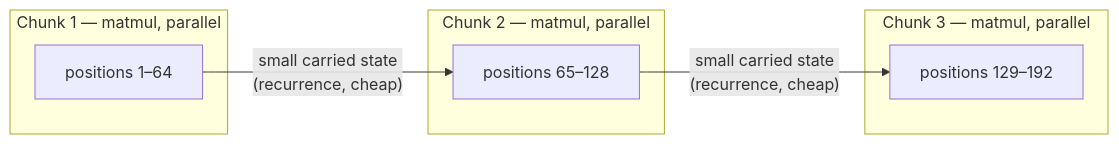
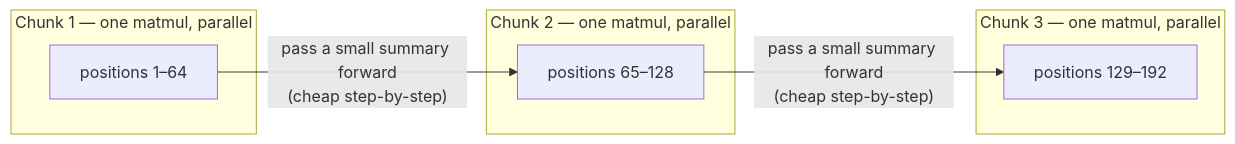
Before and after one commit to KathpaliaChirag/Nanopore-project: the fourth of 4 diagrams in MAMBA_MHA_EXPLAINER.md, drawn with Mermaid. The commit also changed other lines of this file, not shown here.

````diff
--- a/MAMBA_MHA_EXPLAINER.md
+++ b/MAMBA_MHA_EXPLAINER.md
@@ -468,14 +590,14 @@
 ```mermaid
 graph LR
-    subgraph Chunk1["Chunk 1 — matmul, parallel"]
+    subgraph Chunk1["Chunk 1 — one matmul, parallel"]
         A1["positions 1–64"]
     end
-    subgraph Chunk2["Chunk 2 — matmul, parallel"]
+    subgraph Chunk2["Chunk 2 — one matmul, parallel"]
         A2["positions 65–128"]
     end
-    subgraph Chunk3["Chunk 3 — matmul, parallel"]
+    subgraph Chunk3["Chunk 3 — one matmul, parallel"]
         A3["positions 129–192"]
     end
-    A1 -- "small carried state<br/>(recurrence, cheap)" --> A2
-    A2 -- "small carried state<br/>(recurrence, cheap)" --> A3
+    A1 -- "pass a small summary forward<br/>(cheap step-by-step)" --> A2
+    A2 -- "pass a small summary forward<br/>(cheap step-by-step)" --> A3
 ```
````
